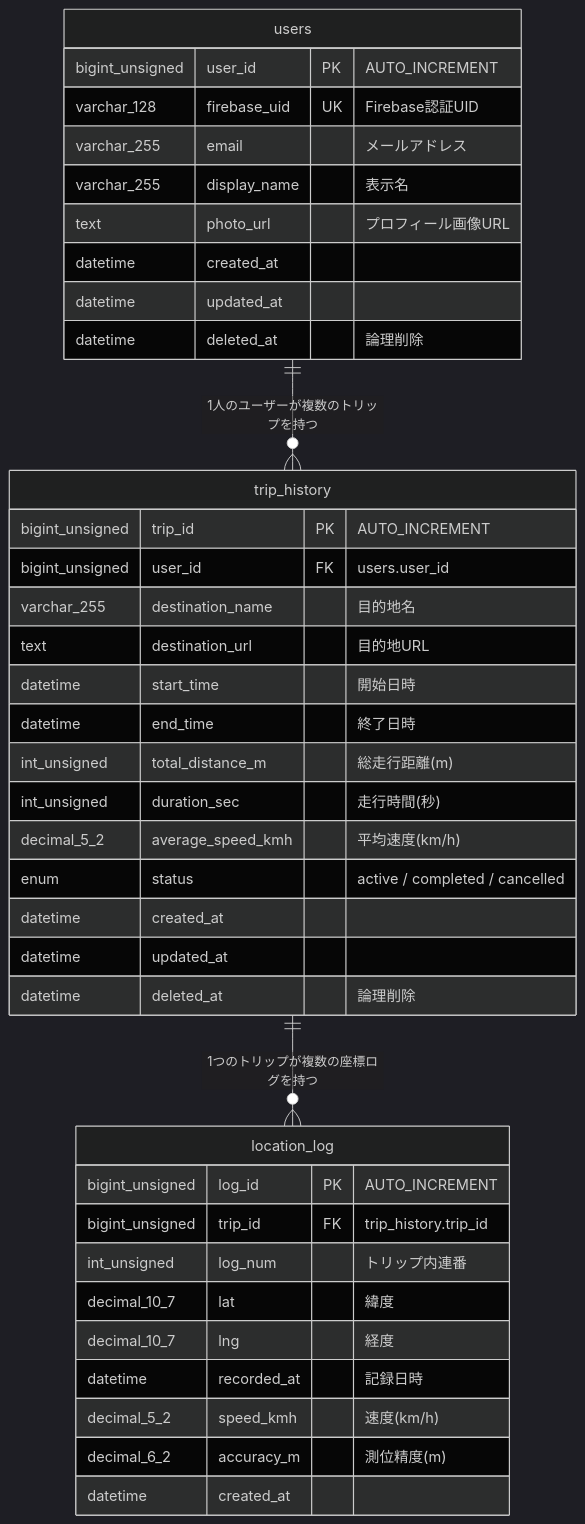
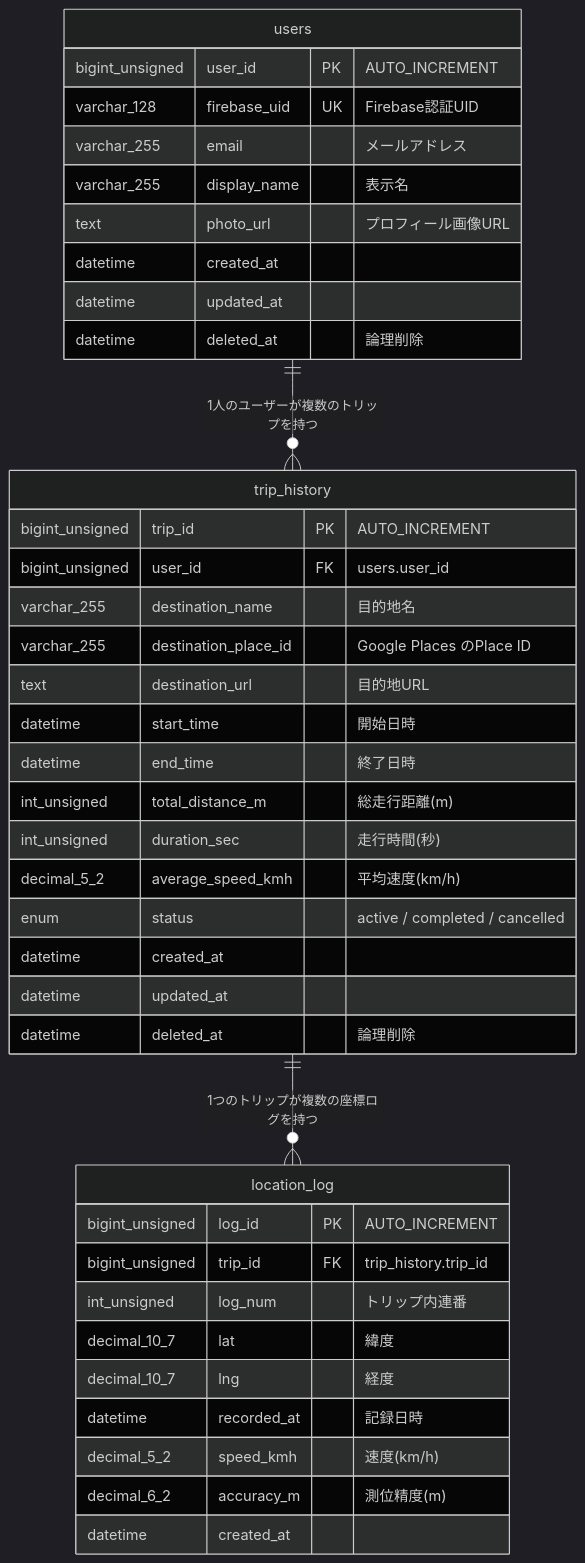
Before and after one commit to sdquang75/CyChronos-pv: the diagram in back/db/DATABASE.md, drawn with Mermaid (dark theme). The commit also changed other lines of this file and 1 other file, not shown here.

````diff
--- a/back/db/DATABASE.md
+++ b/back/db/DATABASE.md
@@ -11,44 +11,45 @@
 ```mermaid
 erDiagram
     users ||--o{ trip_history : "1人のユーザーが複数のトリップを持つ"
     trip_history ||--o{ location_log : "1つのトリップが複数の座標ログを持つ"
 
     users {
         bigint_unsigned user_id PK "AUTO_INCREMENT"
         varchar_128 firebase_uid UK "Firebase認証UID"
         varchar_255 email "メールアドレス"
         varchar_255 display_name "表示名"
         text photo_url "プロフィール画像URL"
         datetime created_at
         datetime updated_at
         datetime deleted_at "論理削除"
     }
 
     trip_history {
         bigint_unsigned trip_id PK "AUTO_INCREMENT"
         bigint_unsigned user_id FK "users.user_id"
         varchar_255 destination_name "目的地名"
+        varchar_255 destination_place_id "Google Places のPlace ID"
         text destination_url "目的地URL"
         datetime start_time "開始日時"
         datetime end_time "終了日時"
         int_unsigned total_distance_m "総走行距離(m)"
         int_unsigned duration_sec "走行時間(秒)"
         decimal_5_2 average_speed_kmh "平均速度(km/h)"
         enum status "active / completed / cancelled"
         datetime created_at
         datetime updated_at
         datetime deleted_at "論理削除"
     }
 
     location_log {
         bigint_unsigned log_id PK "AUTO_INCREMENT"
         bigint_unsigned trip_id FK "trip_history.trip_id"
         int_unsigned log_num "トリップ内連番"
         decimal_10_7 lat "緯度"
         decimal_10_7 lng "経度"
         datetime recorded_at "記録日時"
         decimal_5_2 speed_kmh "速度(km/h)"
         decimal_6_2 accuracy_m "測位精度(m)"
         datetime created_at
     }
 ```
````
